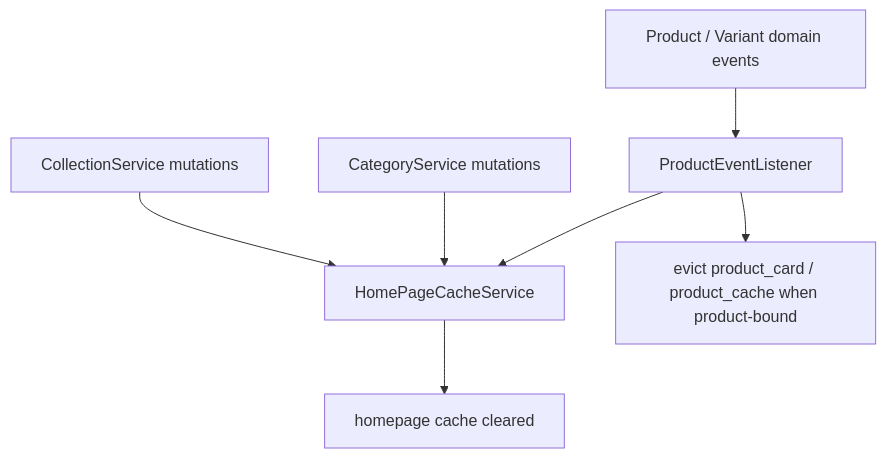
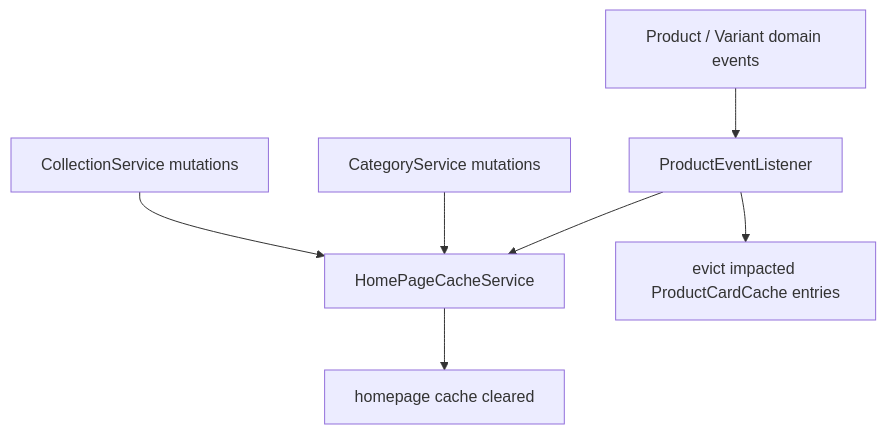
The eighth of 9 diagrams in documentation/13-homepage-uml.md (mohammadAlhajeen/bun_commerce-public), drawn with Mermaid before and after one commit. The commit also changed other lines of this file and 29 other files, not shown here.

````diff
--- a/documentation/13-homepage-uml.md
+++ b/documentation/13-homepage-uml.md
@@ -245,11 +259,11 @@
 ```mermaid
 flowchart TD
     ProductEvents["Product / Variant domain events"] --> ProductListener["ProductEventListener"]
     CollectionWrites["CollectionService mutations"] --> HomepageInvalidation["HomePageCacheService"]
     CategoryWrites["CategoryService mutations"] --> HomepageInvalidation
 
-    ProductListener --> ProductCardEvict["evict product_card / product_cache when product-bound"]
+    ProductListener --> ProductCardEvict["evict impacted ProductCardCache entries"]
     ProductListener --> HomepageInvalidation
 
     HomepageInvalidation --> HomeCache["homepage cache cleared"]
 ```
````
